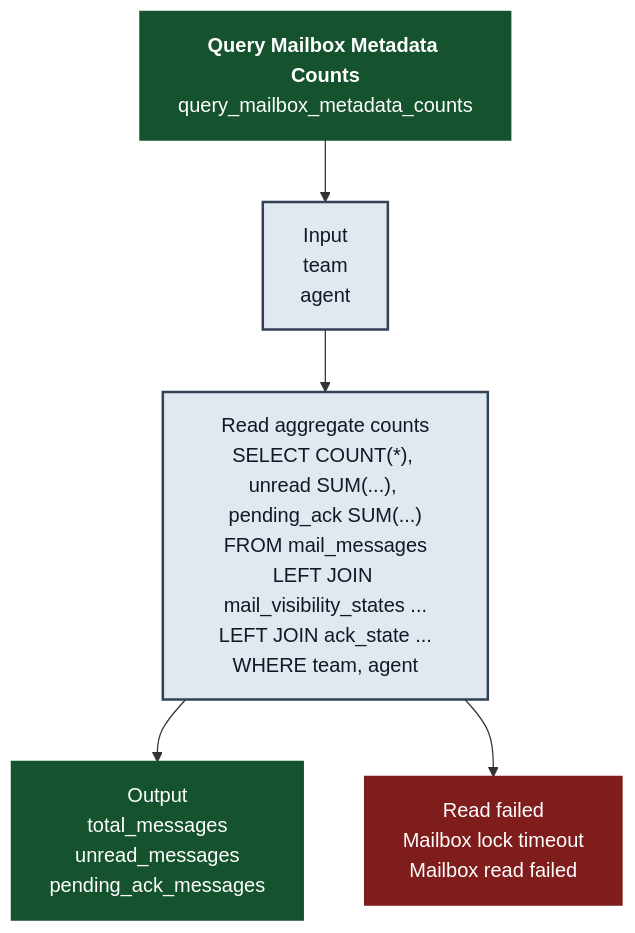
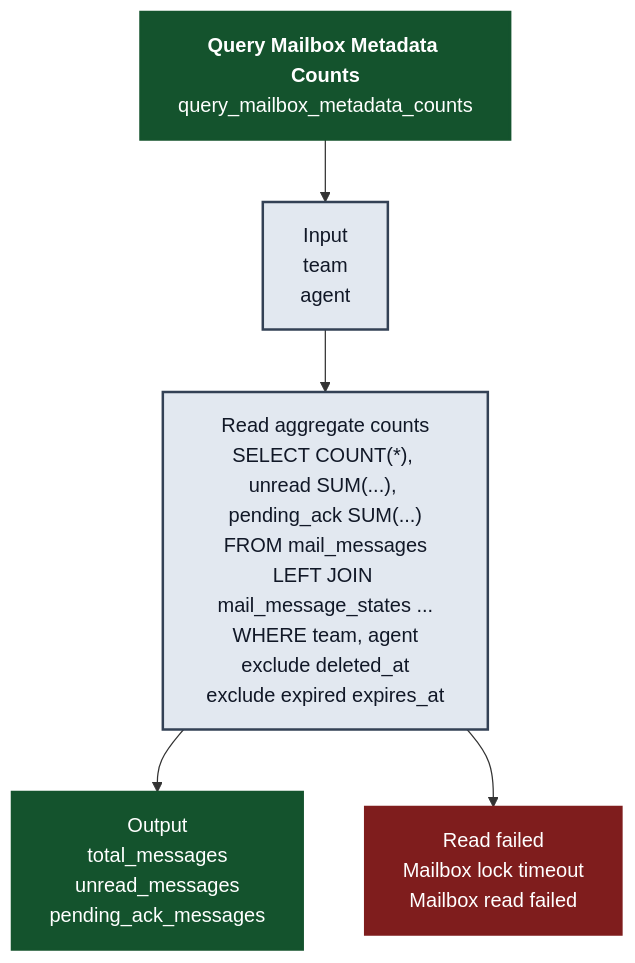
Before and after one commit to randlee/atm-core: the diagram in docs/atm-rusqlite/sql_query-mailbox-metadata-counts.mmd, drawn with Mermaid. The commit also changed 26 other files, not shown here.

Commit message:
phase-u: unify mutable message state

```diff
--- a/docs/atm-rusqlite/sql_query-mailbox-metadata-counts.mmd
+++ b/docs/atm-rusqlite/sql_query-mailbox-metadata-counts.mmd
@@ -1,33 +1,34 @@
 %% title: `Query Mailbox Metadata Counts`
 %% summary: Public sqlite-store method `query_mailbox_metadata_counts`.
-%% commentary: This SQL path returns mailbox totals, unread counts, and pending-ack counts by aggregating the immutable rows with visibility and ack projections.
-%% read_tables: mail_messages, mail_visibility_states, ack_state
+%% commentary: This SQL path returns mailbox totals, unread counts, and pending-ack counts by aggregating immutable rows with the unified mutable state row while excluding deleted and expired messages.
+%% read_tables: mail_messages, mail_message_states
 %% write_tables:
-%% notes: reads: 1 | writes: 0 | joins: 2 | transactions: 0
+%% notes: reads: 1 | writes: 0 | joins: 1 | transactions: 0
 %% sets: query
 flowchart TD
     A["<b>Query Mailbox Metadata Counts</b><br/>query_mailbox_metadata_counts"]
     A --> I["Input
 team
 agent"]
     I --> R["Read aggregate counts
 SELECT COUNT(*), unread SUM(...), pending_ack SUM(...)
 FROM mail_messages
-LEFT JOIN mail_visibility_states ...
-LEFT JOIN ack_state ...
-WHERE team, agent"]
+LEFT JOIN mail_message_states ...
+WHERE team, agent
+exclude deleted_at
+exclude expired expires_at"]
     R --> O["Output
 total_messages
 unread_messages
 pending_ack_messages"]
     R --> ER["Read failed
 Mailbox lock timeout
 Mailbox read failed"]
 
     classDef happy fill:#14532d,color:#ffffff,stroke:#14532d,stroke-width:2px;
     classDef error fill:#7f1d1d,color:#ffffff,stroke:#7f1d1d,stroke-width:2px;
     classDef neutral fill:#e2e8f0,color:#111827,stroke:#334155,stroke-width:2px;
 
     class A,O happy;
     class ER error;
     class I,R neutral;
```
